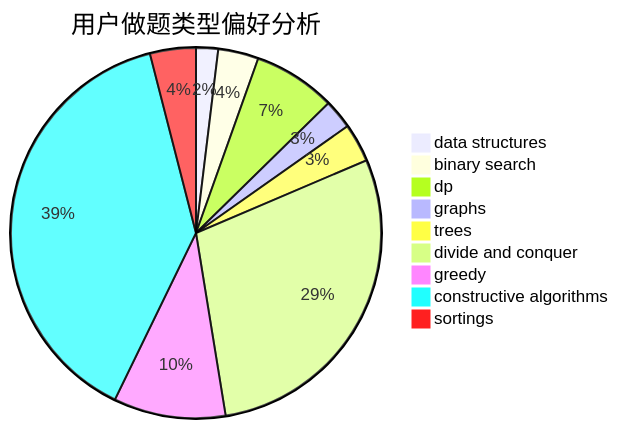
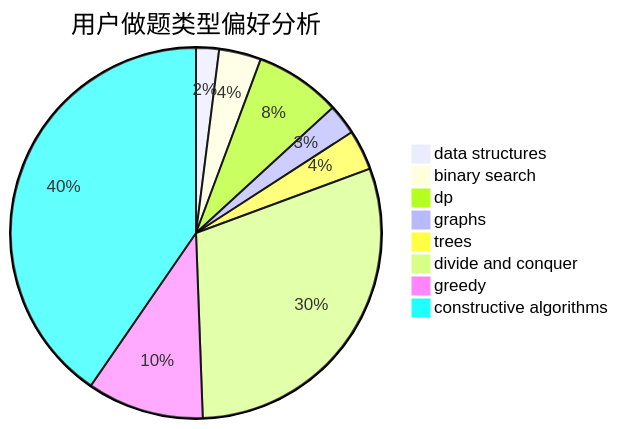
Before and after one commit to sherpahu/cfrs.github.io: the second of 3 diagrams in docs/user/u1555.md, drawn with Mermaid. The commit also changed other lines of this file and 2769 other files, not shown here.

````diff
--- a/docs/user/u1555.md
+++ b/docs/user/u1555.md
@@ -18,12 +18,11 @@
 ```mermaid
 pie title 用户做题类型偏好分析
     "data structures" :  12
     "binary search" :  22
     "dp" :  45
     "graphs" :  16
     "trees" :  21
     "divide and conquer" :  180
     "greedy" :  61
     "constructive algorithms" :  242
-    "sortings" :  25
 ```
````
